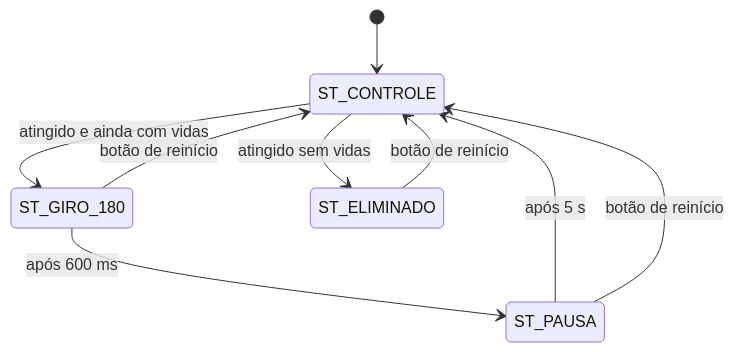
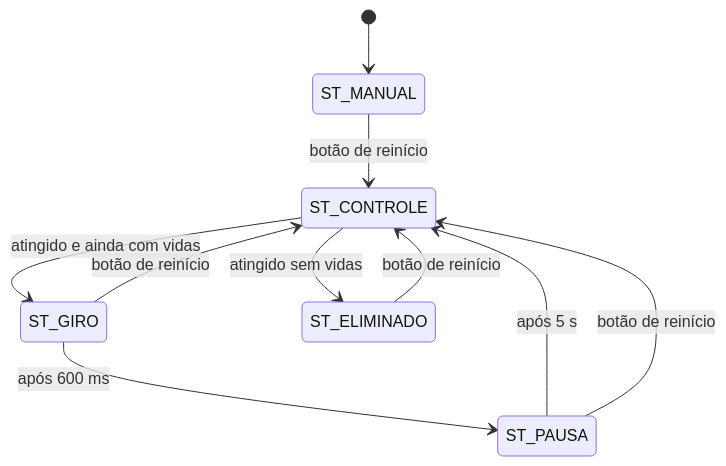
One commit to feehotero/Projeto_GigantesMDF changed the second of 2 diagrams in README.md. Above: the diagram before and after it, drawn with Mermaid. The commit also changed other lines of this file and 2 other files, not shown here.

````diff
--- a/README.md
+++ b/README.md
@@ -134,11 +134,12 @@
 ```mermaid
 stateDiagram-v2
-    [*] --> ST_CONTROLE
-    ST_CONTROLE --> ST_GIRO_180: atingido e ainda com vidas
+    [*] --> ST_MANUAL
+    ST_MANUAL --> ST_CONTROLE: botão de reinício
+    ST_CONTROLE --> ST_GIRO: atingido e ainda com vidas
     ST_CONTROLE --> ST_ELIMINADO: atingido sem vidas
-    ST_GIRO_180 --> ST_PAUSA: após 600 ms
+    ST_GIRO --> ST_PAUSA: após 600 ms
     ST_PAUSA --> ST_CONTROLE: após 5 s
     ST_ELIMINADO --> ST_CONTROLE: botão de reinício
-    ST_GIRO_180 --> ST_CONTROLE: botão de reinício
+    ST_GIRO --> ST_CONTROLE: botão de reinício
     ST_PAUSA --> ST_CONTROLE: botão de reinício
 ```
````
